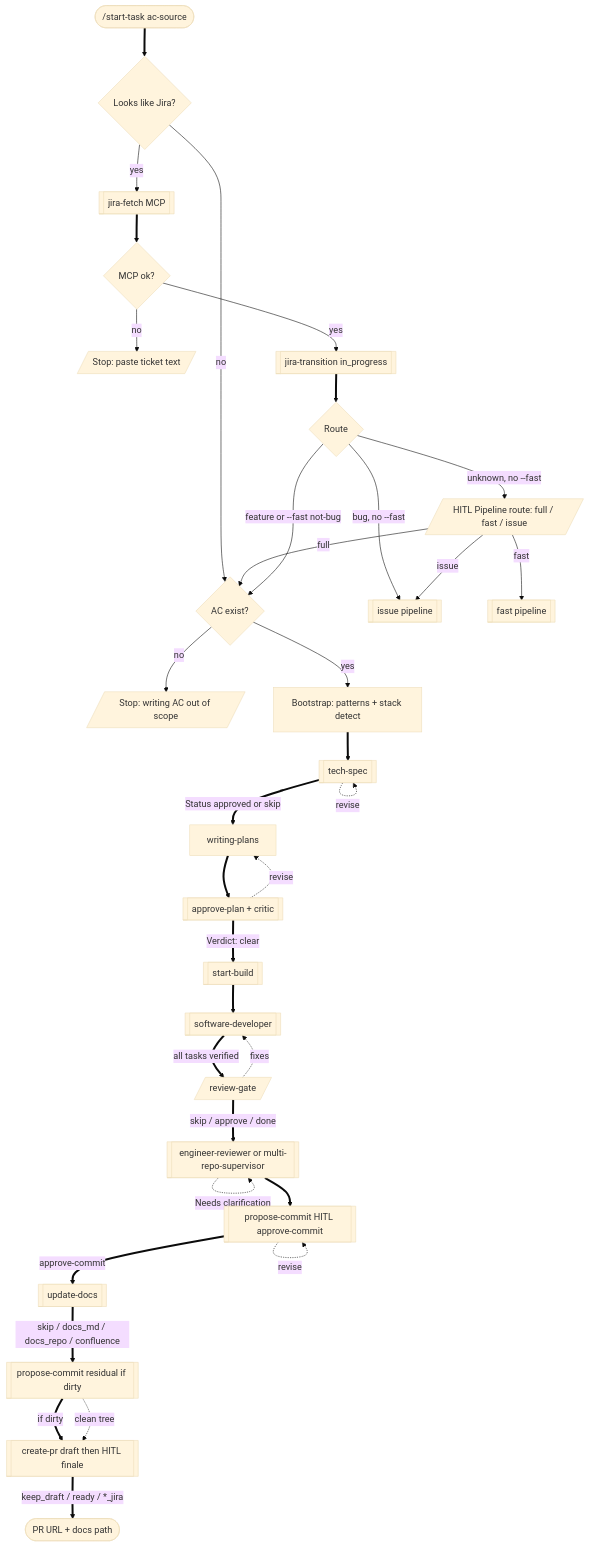
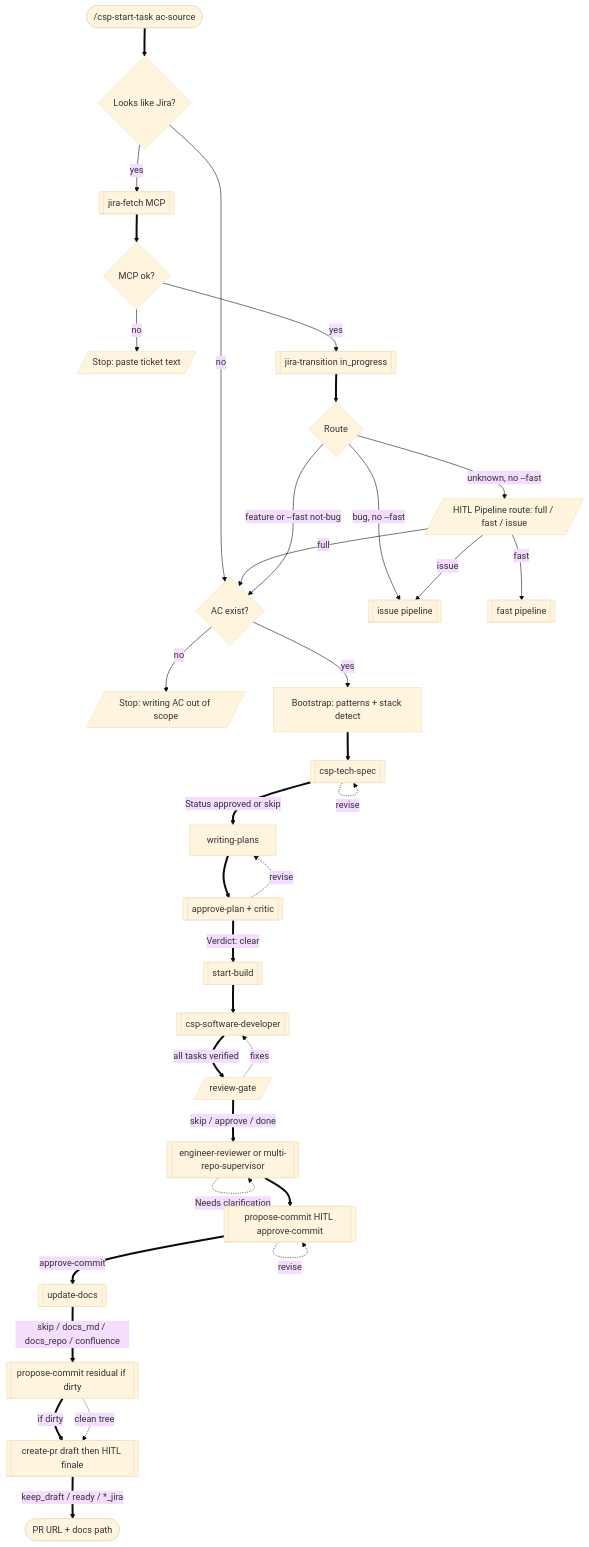
The second of 14 diagrams in docs/superpowers/pipeline-flow.md (a-trembak/cursor-spells), drawn with Mermaid (base theme) before and after one commit. The commit also changed other lines of this file and 227 other files, not shown here.

````diff
--- a/docs/superpowers/pipeline-flow.md
+++ b/docs/superpowers/pipeline-flow.md
@@ -120,60 +120,60 @@
 ```mermaid
 flowchart TD
-  startNode(["/start-task ac-source"])
+  startNode(["/csp-start-task ac-source"])
   looksJira{Looks like Jira?}
   fetch[["jira-fetch MCP"]]
   fetchFail{MCP ok?}
   stopPaste[/"Stop: paste ticket text"/]
   inProgress[["jira-transition in_progress"]]
   route{"Route"}
   hitlRoute[/"HITL Pipeline route: full / fast / issue"/]
   noAc{AC exist?}
   stopNoAc[/"Stop: writing AC out of scope"/]
   bootstrap["Bootstrap: patterns + stack detect"]
-  techSpec[["tech-spec"]]
+  techSpec[["csp-tech-spec"]]
   planWrite["writing-plans"]
   approvePlan[["approve-plan + critic"]]
   startBuild[["start-build"]]
-  softwareDev[["software-developer"]]
+  softwareDev[["csp-software-developer"]]
   reviewGate[/"review-gate"/]
   engReview[["engineer-reviewer or multi-repo-supervisor"]]
   proposeCommit[["propose-commit HITL approve-commit"]]
   updateDocs[["update-docs"]]
   proposeCommit2[["propose-commit residual if dirty"]]
   createPr[["create-pr draft then HITL finale"]]
   doneNode(["PR URL + docs path"])
 
   startNode ==> looksJira
   looksJira -->|"yes"| fetch
   looksJira -->|"no"| noAc
   fetch ==> fetchFail
   fetchFail -->|"no"| stopPaste
   fetchFail -->|"yes"| inProgress
   inProgress ==> route
   route -->|"bug, no --fast"| issuePipe[["issue pipeline"]]
   route -->|"unknown, no --fast"| hitlRoute
   hitlRoute -->|"full"| noAc
   hitlRoute -->|"fast"| fastPipe[["fast pipeline"]]
   hitlRoute -->|"issue"| issuePipe
   route -->|"feature or --fast not-bug"| noAc
   noAc -->|"no"| stopNoAc
   noAc -->|"yes"| bootstrap
   bootstrap ==> techSpec
   techSpec ==>|"Status approved or skip"| planWrite
   techSpec -.->|"revise"| techSpec
   planWrite ==> approvePlan
   approvePlan -.->|"revise"| planWrite
   approvePlan ==>|"Verdict: clear"| startBuild
   startBuild ==> softwareDev
   softwareDev ==>|"all tasks verified"| reviewGate
   reviewGate -.->|"fixes"| softwareDev
   reviewGate ==>|"skip / approve / done"| engReview
   engReview -.->|"Needs clarification"| engReview
   engReview ==> proposeCommit
   proposeCommit ==>|"approve-commit"| updateDocs
   proposeCommit -.->|"revise"| proposeCommit
   updateDocs ==>|"skip / docs_md / docs_repo / confluence"| proposeCommit2
   proposeCommit2 ==>|"if dirty"| createPr
   proposeCommit2 -.->|"clean tree"| createPr
   createPr ==>|"keep_draft / ready / *_jira"| doneNode
 ```
````
